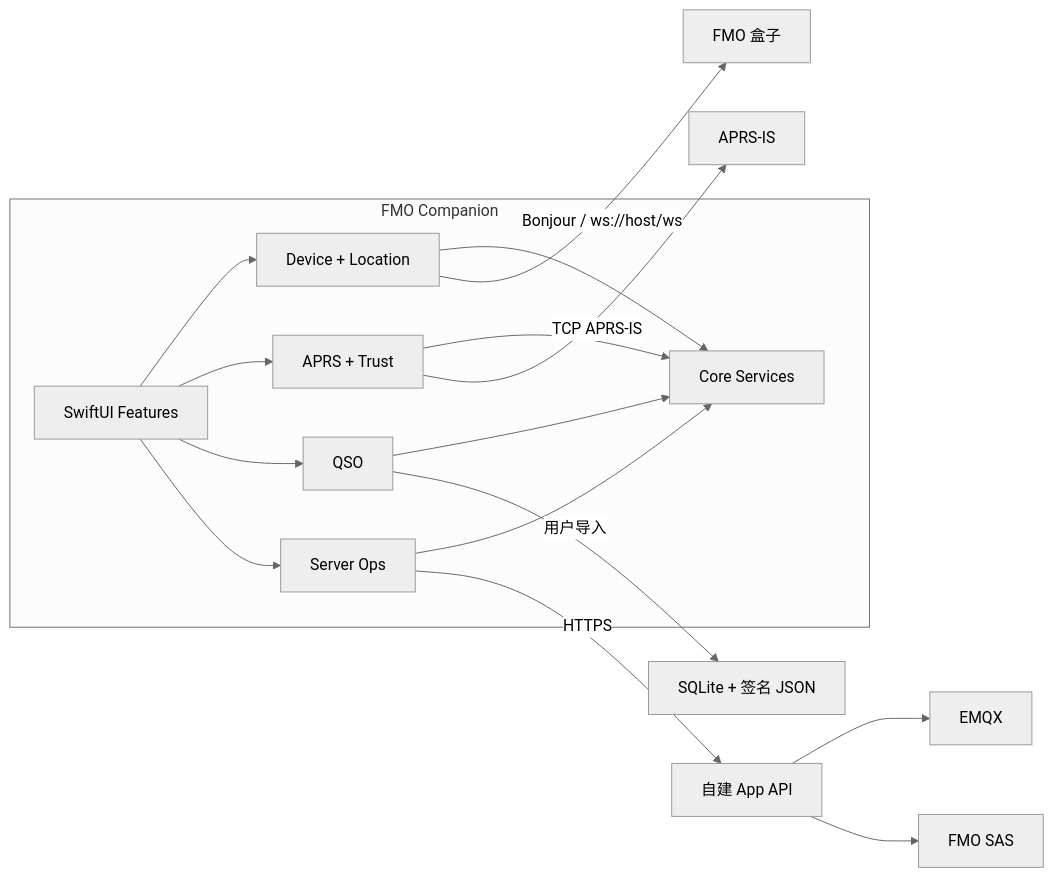
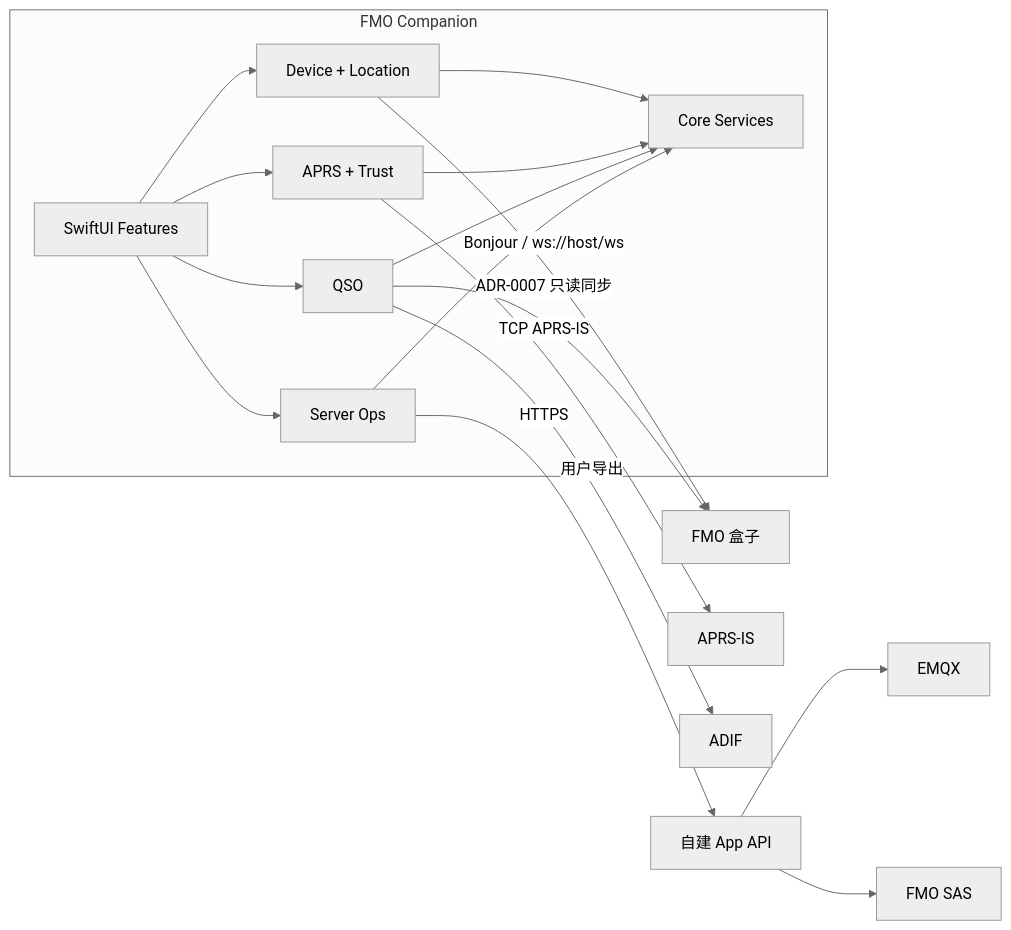
One commit to Johnson-LYS/FMO-Companion changed the diagram in docs/architecture/overview.md. Above: the diagram before and after it, drawn with Mermaid (neutral theme). The commit also changed other lines of this file and 34 other files, not shown here.

````diff
--- a/docs/architecture/overview.md
+++ b/docs/architecture/overview.md
@@ -13,26 +13,27 @@
 ```mermaid
 flowchart LR
     subgraph IOS["FMO Companion"]
         UI["SwiftUI Features"]
         DEVICE["Device + Location"]
         APRS["APRS + Trust"]
         QSO["QSO"]
         SERVER["Server Ops"]
         CORE["Core Services"]
         UI --> DEVICE
         UI --> APRS
         UI --> QSO
         UI --> SERVER
         DEVICE --> CORE
         APRS --> CORE
         QSO --> CORE
         SERVER --> CORE
     end
 
     DEVICE -->|"Bonjour / ws://host/ws"| BOX["FMO 盒子"]
     APRS -->|"TCP APRS-IS"| APRSIS["APRS-IS"]
     SERVER -->|"HTTPS"| API["自建 App API"]
     API --> EMQX["EMQX"]
     API --> SAS["FMO SAS"]
-    QSO -->|"用户导入"| FILES["SQLite + 签名 JSON"]
+    QSO -->|"ADR-0007 只读同步"| BOX
+    QSO -->|"用户导出"| FILES["ADIF"]
 ```
````
